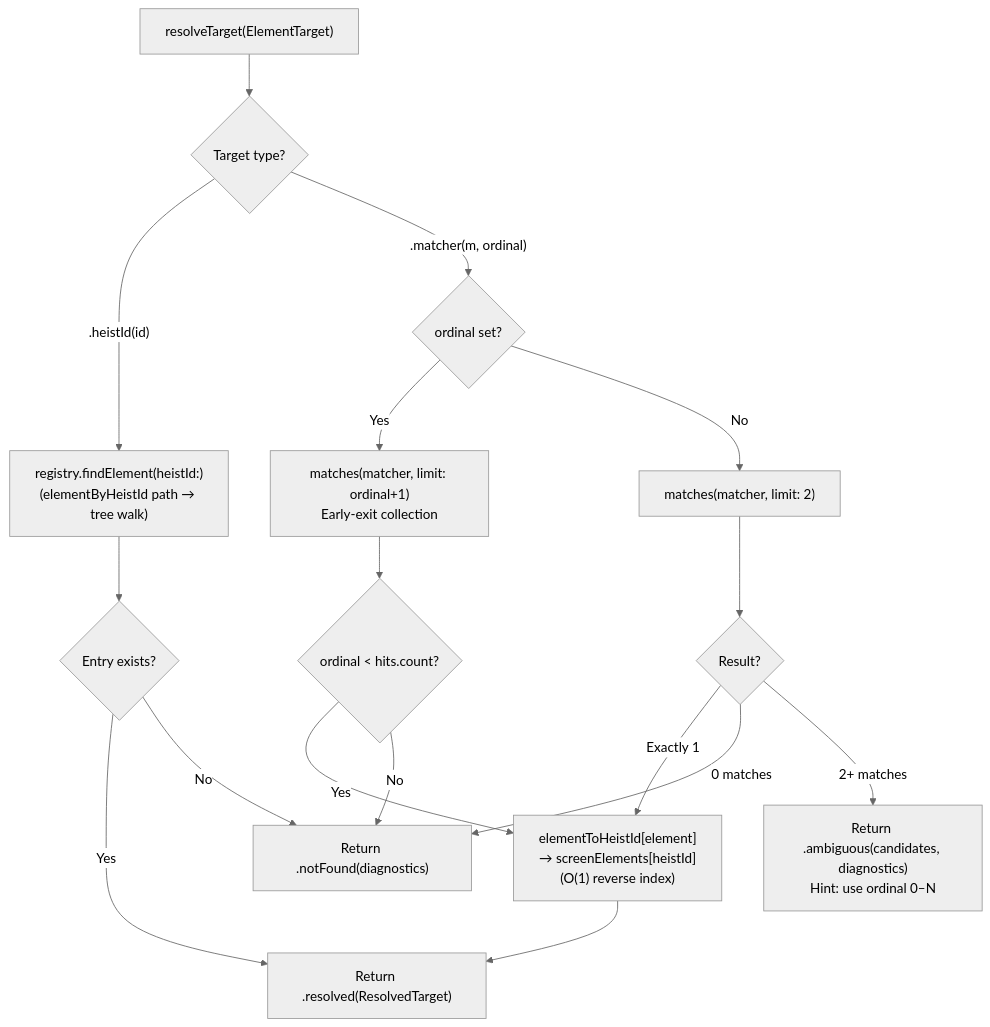
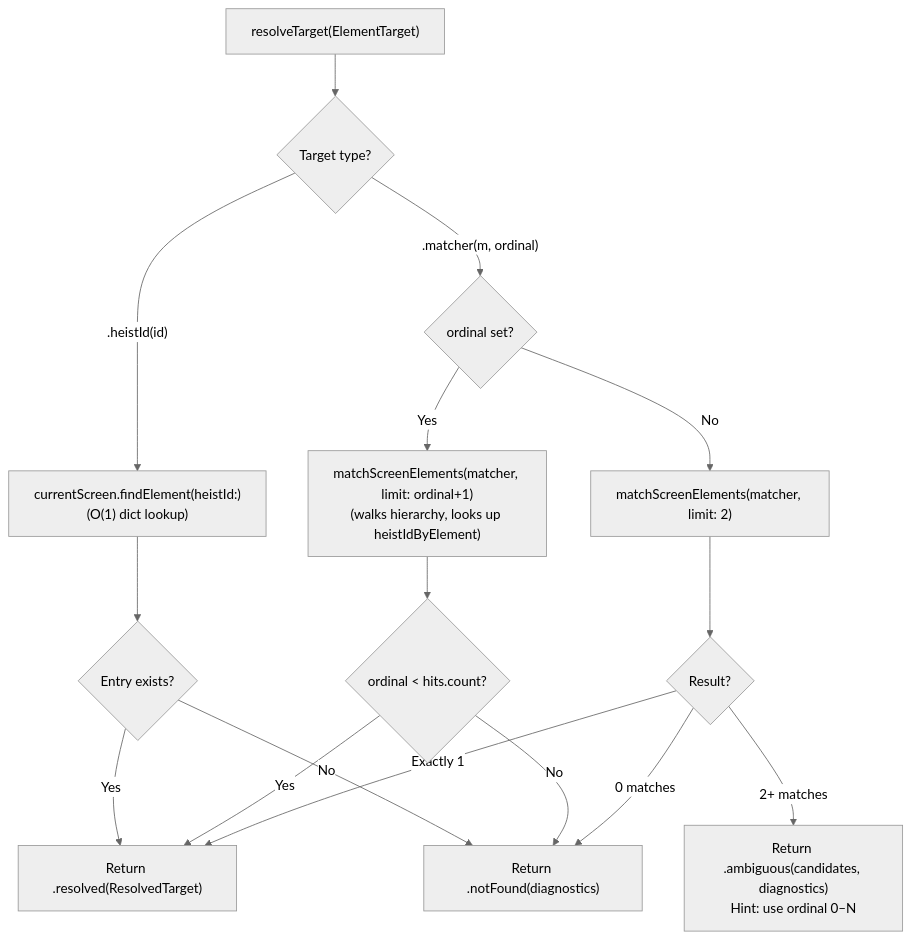
One commit to RoyalPineapple/TheButtonHeist changed the second of 2 diagrams in docs/dossiers/11-THESTASH.md. Above: the diagram before and after it, drawn with Mermaid (neutral theme). The commit also changed other lines of this file and 25 other files, not shown here.

First line of the commit message:
Eliminate ElementRegistry: migrate to Screen value type

````diff
--- a/docs/dossiers/11-THESTASH.md
+++ b/docs/dossiers/11-THESTASH.md
@@ -126,21 +143,20 @@
 ```mermaid
 flowchart TD
     A["resolveTarget(ElementTarget)"] --> B{Target type?}
-    B -->|".heistId(id)"| C["registry.findElement(heistId:)<br/>(elementByHeistId path → tree walk)"]
+    B -->|".heistId(id)"| C["currentScreen.findElement(heistId:)<br/>(O(1) dict lookup)"]
     C --> D{Entry exists?}
     D -->|Yes| E["Return .resolved(ResolvedTarget)"]
     D -->|No| F["Return .notFound(diagnostics)"]
 
     B -->|".matcher(m, ordinal)"| G{ordinal set?}
-    G -->|Yes| ORD["matches(matcher, limit: ordinal+1)<br/>Early-exit collection"]
+    G -->|Yes| ORD["matchScreenElements(matcher, limit: ordinal+1)<br/>(walks hierarchy, looks up heistIdByElement)"]
     ORD --> ORDCHK{ordinal < hits.count?}
-    ORDCHK -->|Yes| I["elementToHeistId[element]<br/>→ screenElements[heistId]<br/>(O(1) reverse index)"]
-    I --> E
+    ORDCHK -->|Yes| E
     ORDCHK -->|No| F
 
-    G -->|No| H["matches(matcher, limit: 2)"]
+    G -->|No| H["matchScreenElements(matcher, limit: 2)"]
     H --> K{Result?}
-    K -->|Exactly 1| I
+    K -->|Exactly 1| E
     K -->|0 matches| F
     K -->|2+ matches| AMB["Return .ambiguous(candidates, diagnostics)<br/>Hint: use ordinal 0–N"]
 ```
````
